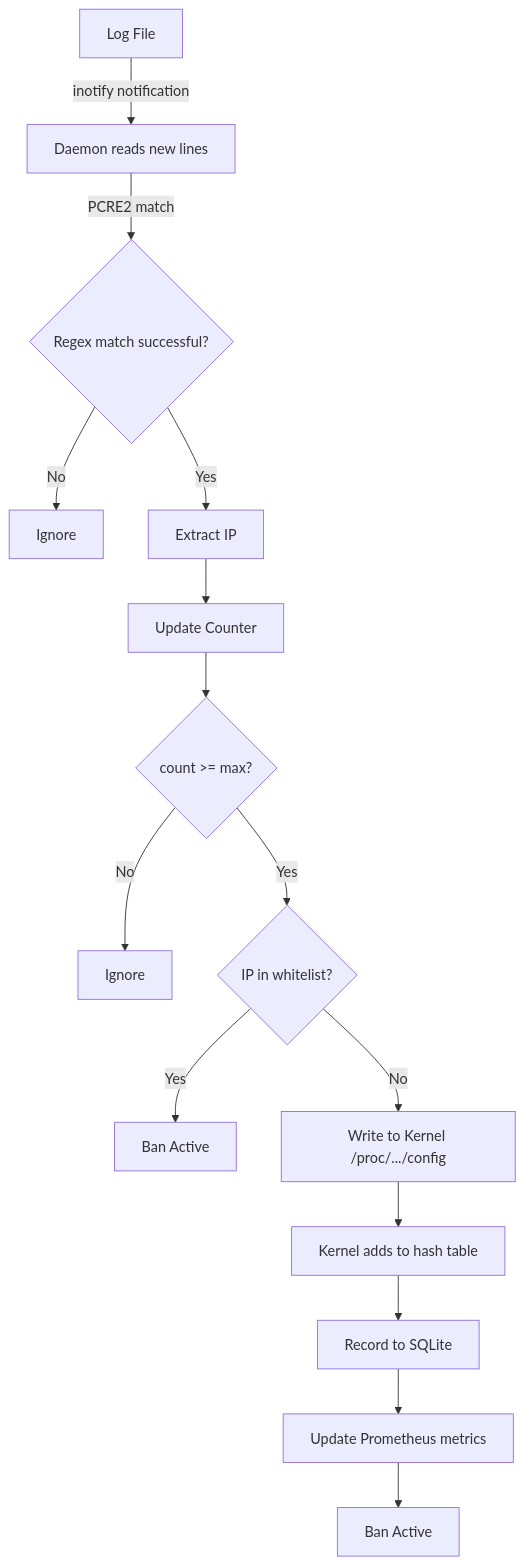
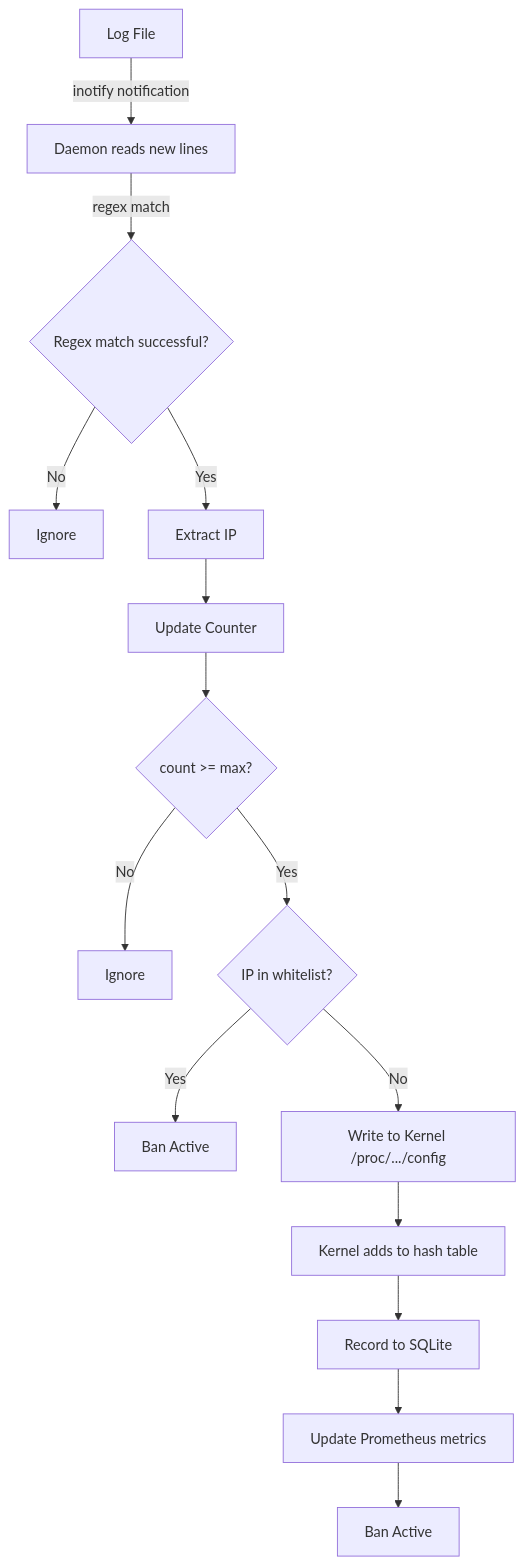
Before and after one commit to SnowCore8/linux-firewall-kmod: the third of 7 diagrams in docs/en/architecture/data-flow.md, drawn with Mermaid. The commit also changed other lines of this file and 35 other files, not shown here.

````diff
--- a/docs/en/architecture/data-flow.md
+++ b/docs/en/architecture/data-flow.md
@@ -36,17 +36,17 @@
 ```mermaid
 graph TB
     A[Log File] -->|inotify notification| B[Daemon reads new lines]
-    B -->|PCRE2 match| C{Regex match successful?}
+    B -->|regex match| C{Regex match successful?}
     C -->|No| D[Ignore]
     C -->|Yes| E[Extract IP]
     E --> F[Update Counter]
     F --> G{count >= max?}
     G -->|No| H[Ignore]
     G -->|Yes| I{IP in whitelist?}
     I -->|Yes| J[Ban Active]
     I -->|No| K[Write to Kernel /proc/.../config]
     K --> L[Kernel adds to hash table]
     L --> M[Record to SQLite]
     M --> N[Update Prometheus metrics]
     N --> O[Ban Active]
 ```
````
